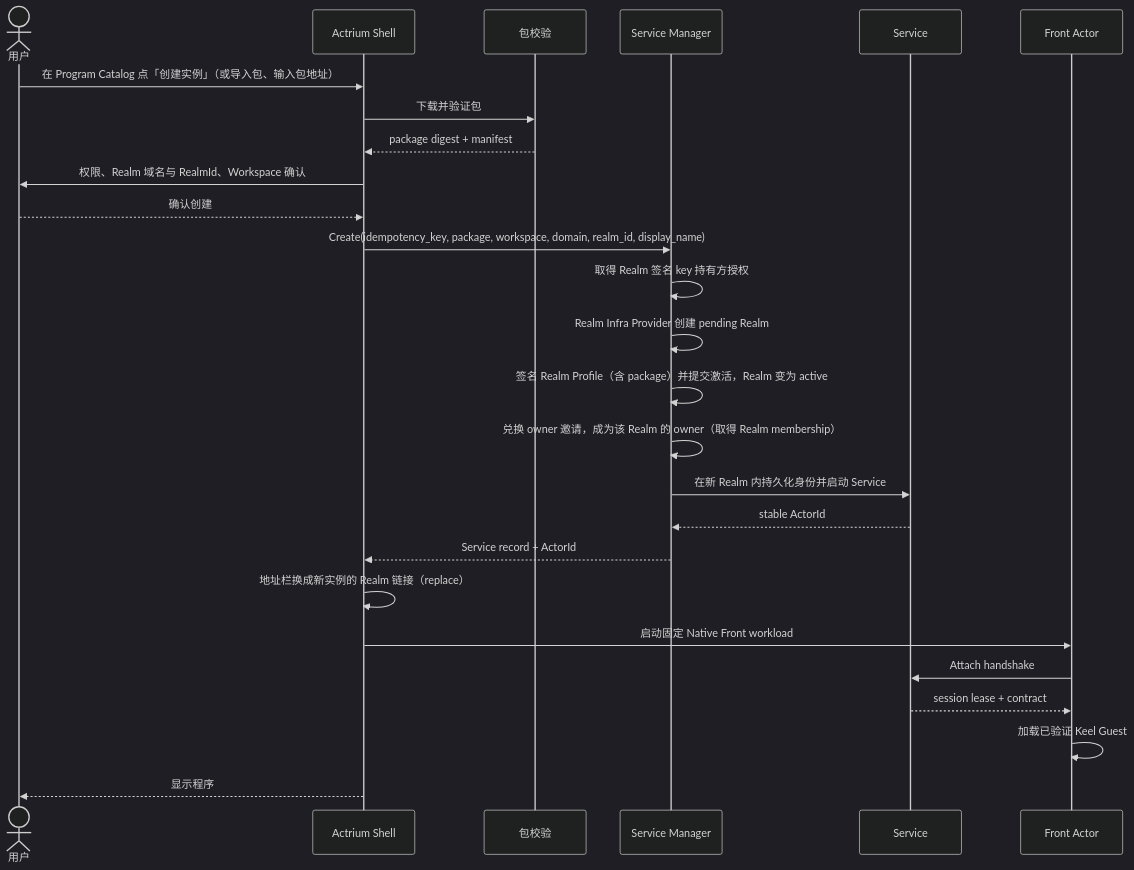
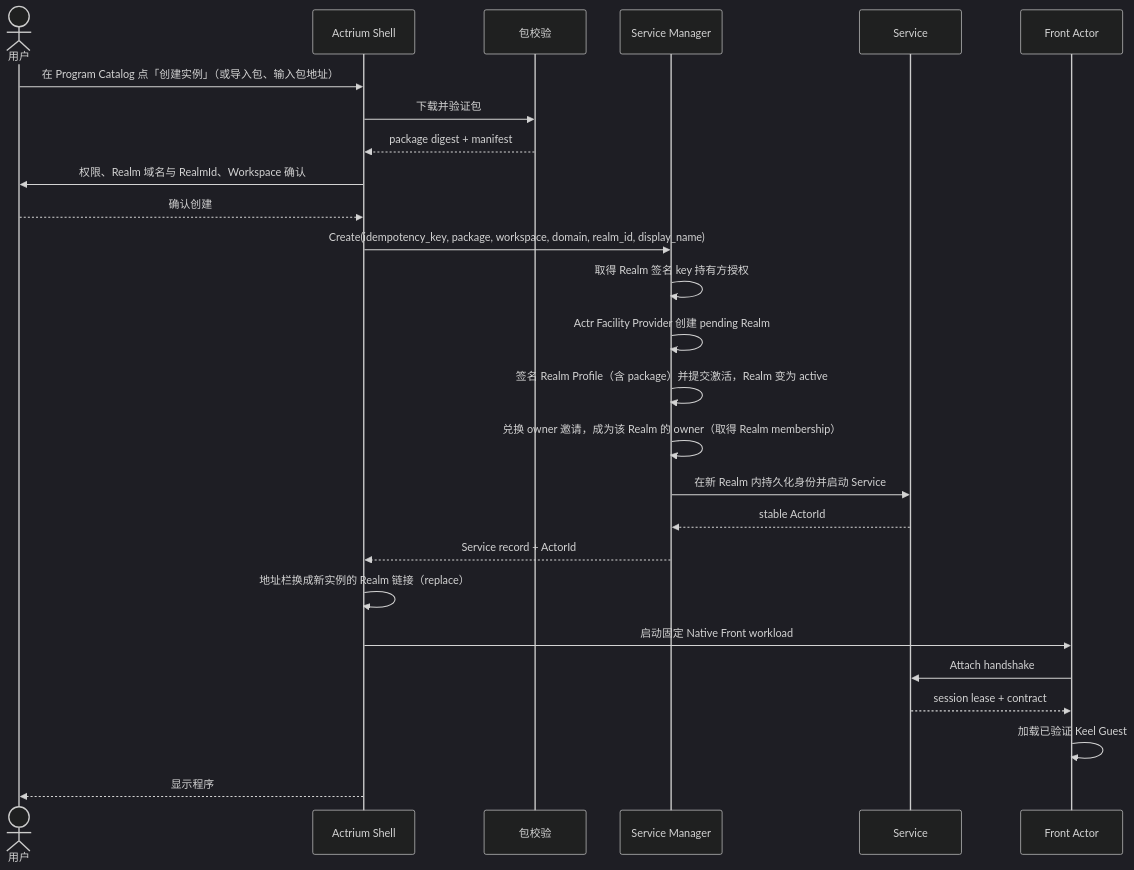
Before and after one commit to Actrium/actrium: the diagram in docs/product/actrium-v1/03-user-experience.zh.md, drawn with Mermaid (dark theme). The commit also changed other lines of this file and 76 other files, not shown here.

First line of the commit message:
refactor(protocol)!: rename RealmInfraProvider to Actr Facility Provider

````diff
--- a/docs/product/actrium-v1/03-user-experience.zh.md
+++ b/docs/product/actrium-v1/03-user-experience.zh.md
@@ -116,29 +116,29 @@
 ```mermaid
 sequenceDiagram
     actor U as 用户
     participant A as Actrium Shell
     participant P as 包校验
     participant M as Service Manager
     participant S as Service
     participant F as Front Actor
 
     U->>A: 在 Program Catalog 点「创建实例」（或导入包、输入包地址）
     A->>P: 下载并验证包
     P-->>A: package digest + manifest
     A->>U: 权限、Realm 域名与 RealmId、Workspace 确认
     U-->>A: 确认创建
     A->>M: Create(idempotency_key, package, workspace, domain, realm_id, display_name)
     M->>M: 取得 Realm 签名 key 持有方授权
-    M->>M: Realm Infra Provider 创建 pending Realm
+    M->>M: Actr Facility Provider 创建 pending Realm
     M->>M: 签名 Realm Profile（含 package）并提交激活，Realm 变为 active
     M->>M: 兑换 owner 邀请，成为该 Realm 的 owner（取得 Realm membership）
     M->>S: 在新 Realm 内持久化身份并启动 Service
     S-->>M: stable ActorId
     M-->>A: Service record + ActorId
     A->>A: 地址栏换成新实例的 Realm 链接（replace）
     A->>F: 启动固定 Native Front workload
     F->>S: Attach handshake
     S-->>F: session lease + contract
     F->>F: 加载已验证 Keel Guest
     A-->>U: 显示程序
 ```
````
